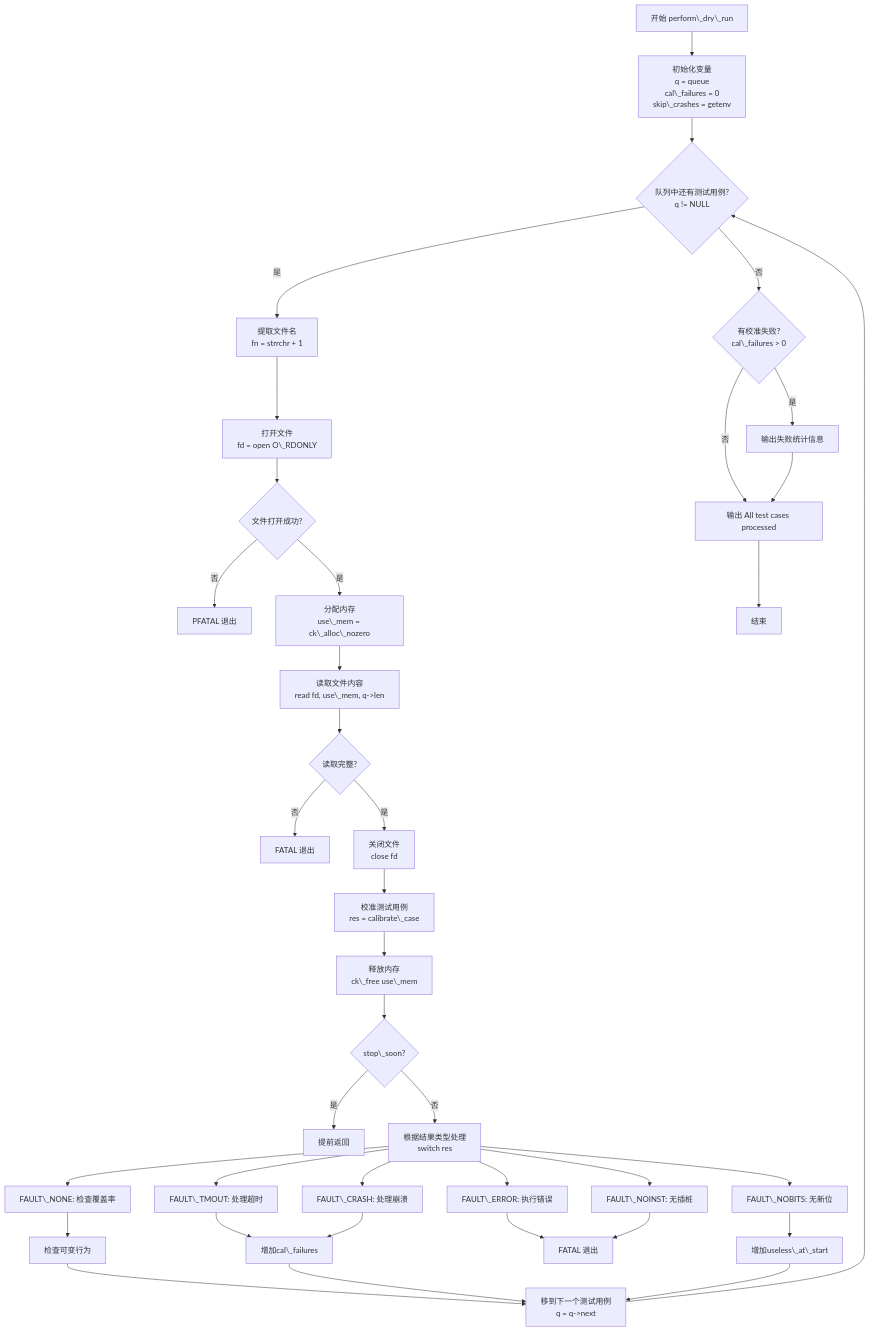
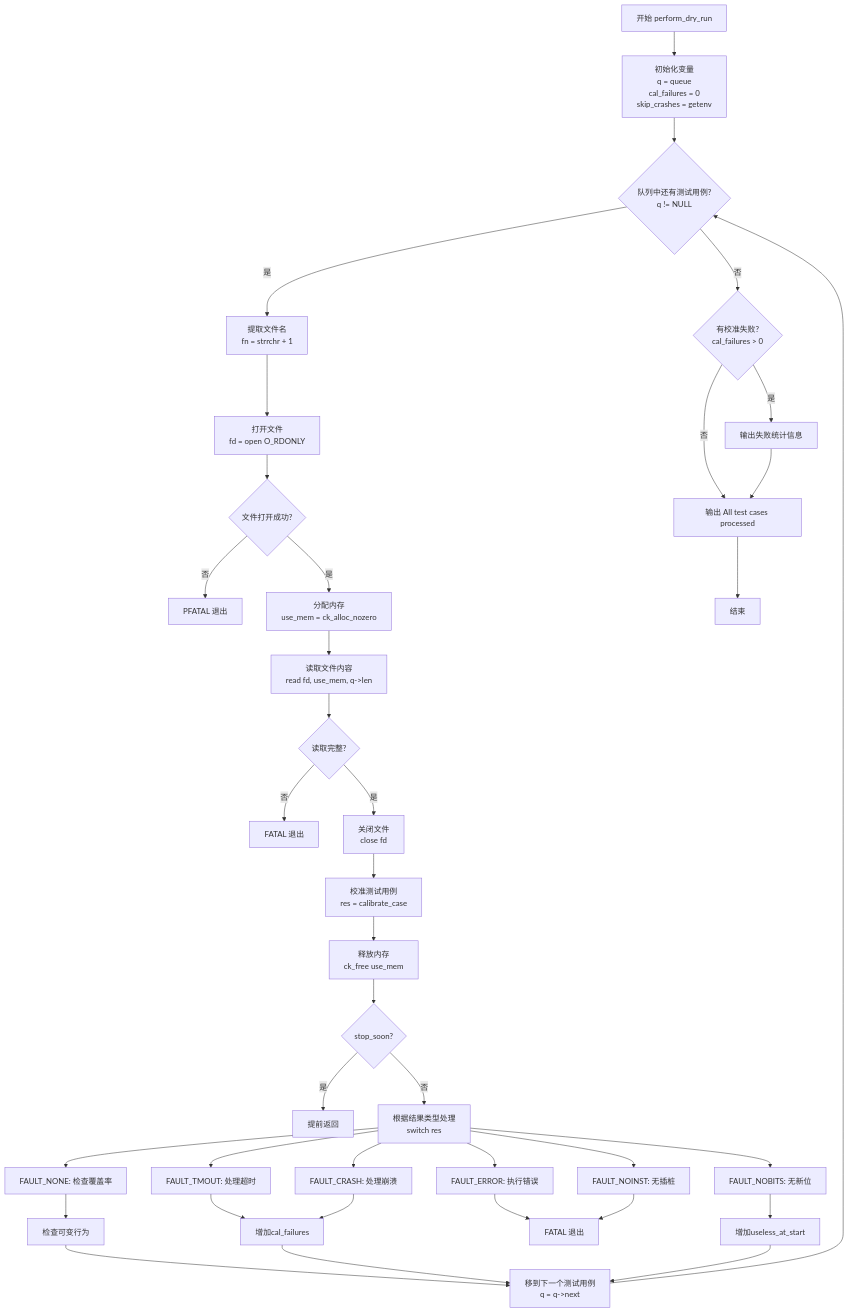
The first of 2 diagrams in docs/2026/18705.md (OpenDocCN1/kssd), drawn with Mermaid before and after one commit. The commit also changed other lines of this file and 41765 other files, not shown here.

````diff
--- a/docs/2026/18705.md
+++ b/docs/2026/18705.md
@@ -275,40 +292,40 @@
 ```mermaid
 flowchart TD
-A[开始 perform\_dry\_run] --> B["初始化变量<br/>q = queue<br/>cal\_failures = 0<br/>skip\_crashes = getenv"]
+A[开始 perform_dry_run] --> B["初始化变量<br/>q = queue<br/>cal_failures = 0<br/>skip_crashes = getenv"]
 B --> C{"队列中还有测试用例?<br/>q != NULL"}
 C -->|是| D["提取文件名<br/>fn = strrchr + 1"]
-D --> E["打开文件<br/>fd = open O\_RDONLY"]
+D --> E["打开文件<br/>fd = open O_RDONLY"]
 E --> F{文件打开成功?}
 F -->|否| G[PFATAL 退出]
-F -->|是| H["分配内存<br/>use\_mem = ck\_alloc\_nozero"]
-H --> I["读取文件内容<br/>read fd, use\_mem, q->len"]
+F -->|是| H["分配内存<br/>use_mem = ck_alloc_nozero"]
+H --> I["读取文件内容<br/>read fd, use_mem, q->len"]
 I --> J{读取完整?}
 J -->|否| K[FATAL 退出]
 J -->|是| L["关闭文件<br/>close fd"]
-L --> M["校准测试用例<br/>res = calibrate\_case"]
-M --> N["释放内存<br/>ck\_free use\_mem"]
-N --> O{stop\_soon?}
+L --> M["校准测试用例<br/>res = calibrate_case"]
+M --> N["释放内存<br/>ck_free use_mem"]
+N --> O{stop_soon?}
 O -->|是| P[提前返回]
 O -->|否| Q["根据结果类型处理<br/>switch res"]
-Q --> R["FAULT\_NONE: 检查覆盖率"]
-Q --> S["FAULT\_TMOUT: 处理超时"]
-Q --> T["FAULT\_CRASH: 处理崩溃"]
-Q --> U["FAULT\_ERROR: 执行错误"]
-Q --> V["FAULT\_NOINST: 无插桩"]
-Q --> W["FAULT\_NOBITS: 无新位"]
+Q --> R["FAULT_NONE: 检查覆盖率"]
+Q --> S["FAULT_TMOUT: 处理超时"]
+Q --> T["FAULT_CRASH: 处理崩溃"]
+Q --> U["FAULT_ERROR: 执行错误"]
+Q --> V["FAULT_NOINST: 无插桩"]
+Q --> W["FAULT_NOBITS: 无新位"]
 R --> X[检查可变行为]
-S --> Y[增加cal\_failures]
+S --> Y[增加cal_failures]
 T --> Y
 U --> Z[FATAL 退出]
 V --> Z
-W --> AA[增加useless\_at\_start]
+W --> AA[增加useless_at_start]
 X --> BB["移到下一个测试用例<br/>q = q->next"]
 Y --> BB
 AA --> BB
 BB --> C
-C -->|否| CC{"有校准失败?<br/>cal\_failures > 0"}
+C -->|否| CC{"有校准失败?<br/>cal_failures > 0"}
 CC -->|是| DD[输出失败统计信息]
 CC -->|否| EE["输出 All test cases processed"]
 DD --> EE
 EE --> FF[结束]
 ```
````
